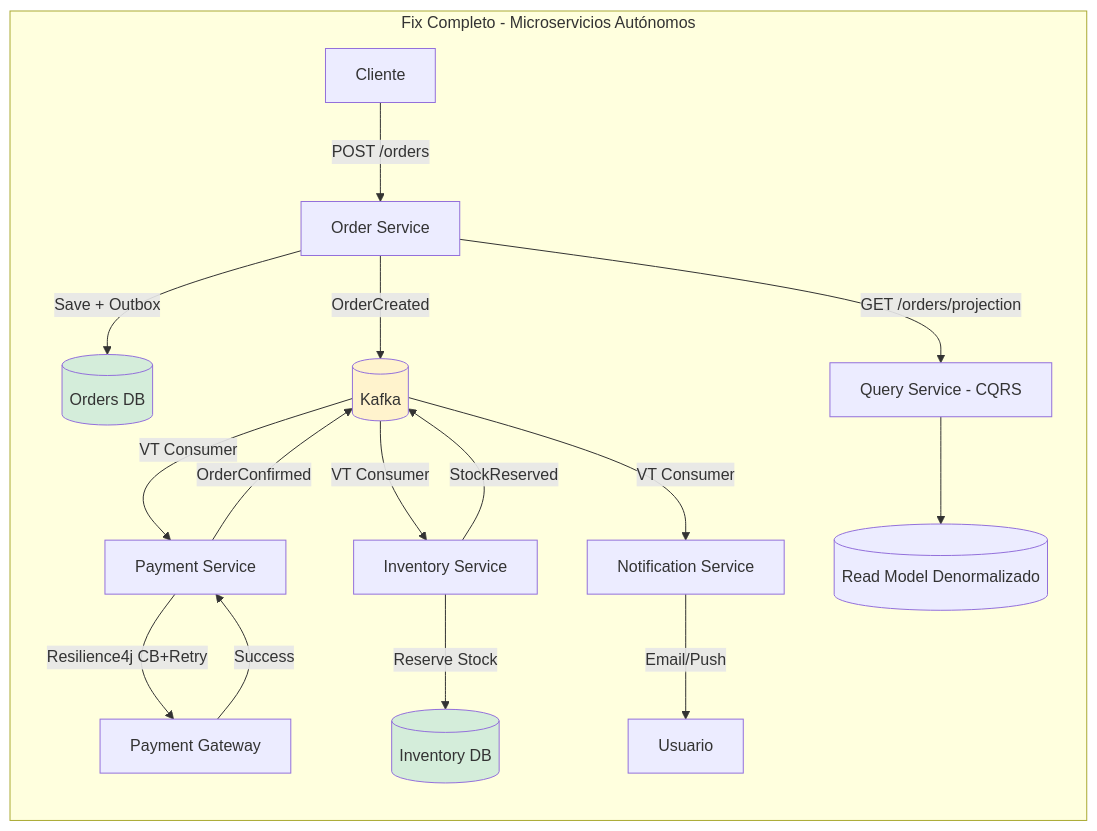
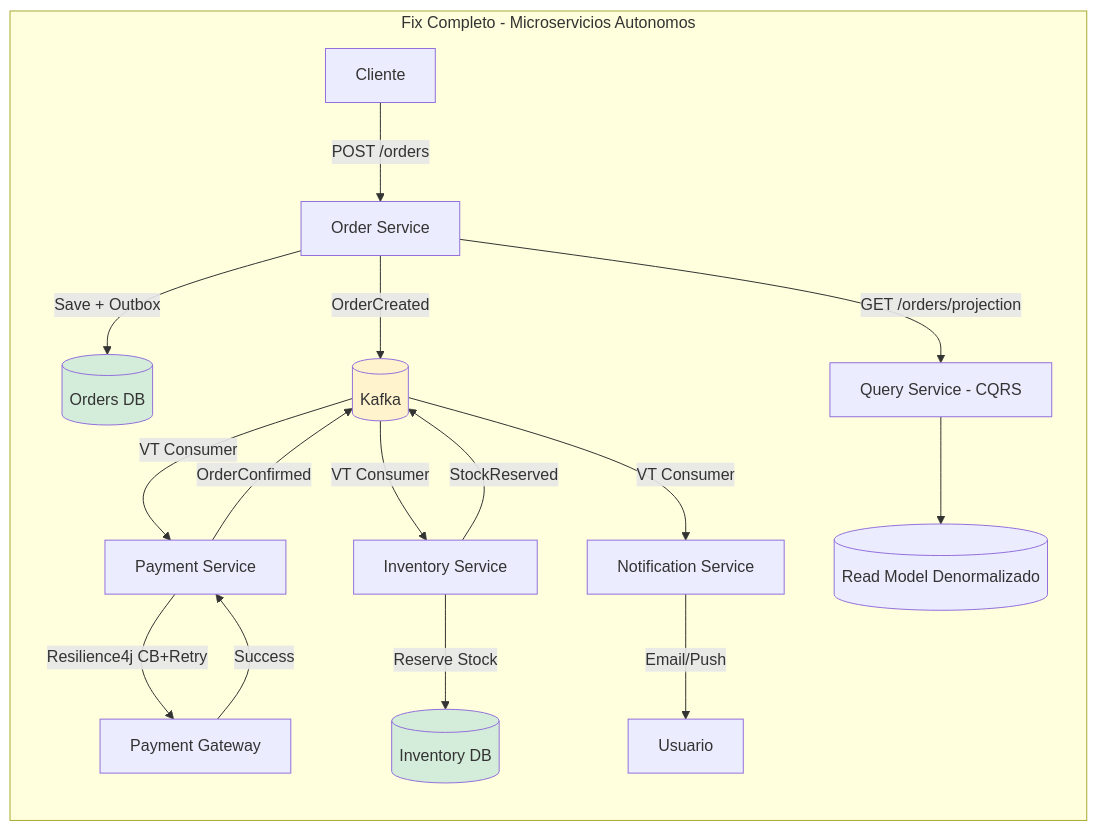
The third of 5 diagrams in 02_Arquitectura/anti-patterns_en_microservicios_y_como_evitarlos_con_java_21_STAFF.md (Joaquinriosheredia/DAM-Java-Mastery), drawn with Mermaid before and after one commit. The commit also changed other lines of this file, not shown here.

Commit message:
anti-patterns_en_microservicios_y_como_evitarlos_con_java_21_STAFF.md

````diff
--- a/02_Arquitectura/anti-patterns_en_microservicios_y_como_evitarlos_con_java_21_STAFF.md
+++ b/02_Arquitectura/anti-patterns_en_microservicios_y_como_evitarlos_con_java_21_STAFF.md
@@ -307,27 +412,27 @@
 ```mermaid
 graph LR
-    subgraph "Fix Completo - Microservicios Autónomos"
+    subgraph "Fix Completo - Microservicios Autonomos"
         CLI[Cliente] -->|POST /orders| OS[Order Service]
         OS -->|Save + Outbox| ODB[(Orders DB)]
         OS -->|OrderCreated| KAFKA[(Kafka)]
 
         KAFKA -->|VT Consumer| PS[Payment Service]
         PS -->|Resilience4j CB+Retry| PAY[Payment Gateway]
         PAY -->|Success| PS
         PS -->|OrderConfirmed| KAFKA
 
         KAFKA -->|VT Consumer| IS[Inventory Service]
         IS -->|Reserve Stock| IDB[(Inventory DB)]
         IS -->|StockReserved| KAFKA
 
         KAFKA -->|VT Consumer| NS[Notification Service]
         NS -->|Email/Push| USR[Usuario]
 
         OS -->|GET /orders/projection| QS[Query Service - CQRS]
         QS --> VIEW[(Read Model Denormalizado)]
     end
     
     style KAFKA fill:#fff3cd
     style ODB fill:#d4edda
     style IDB fill:#d4edda
 ```
````
